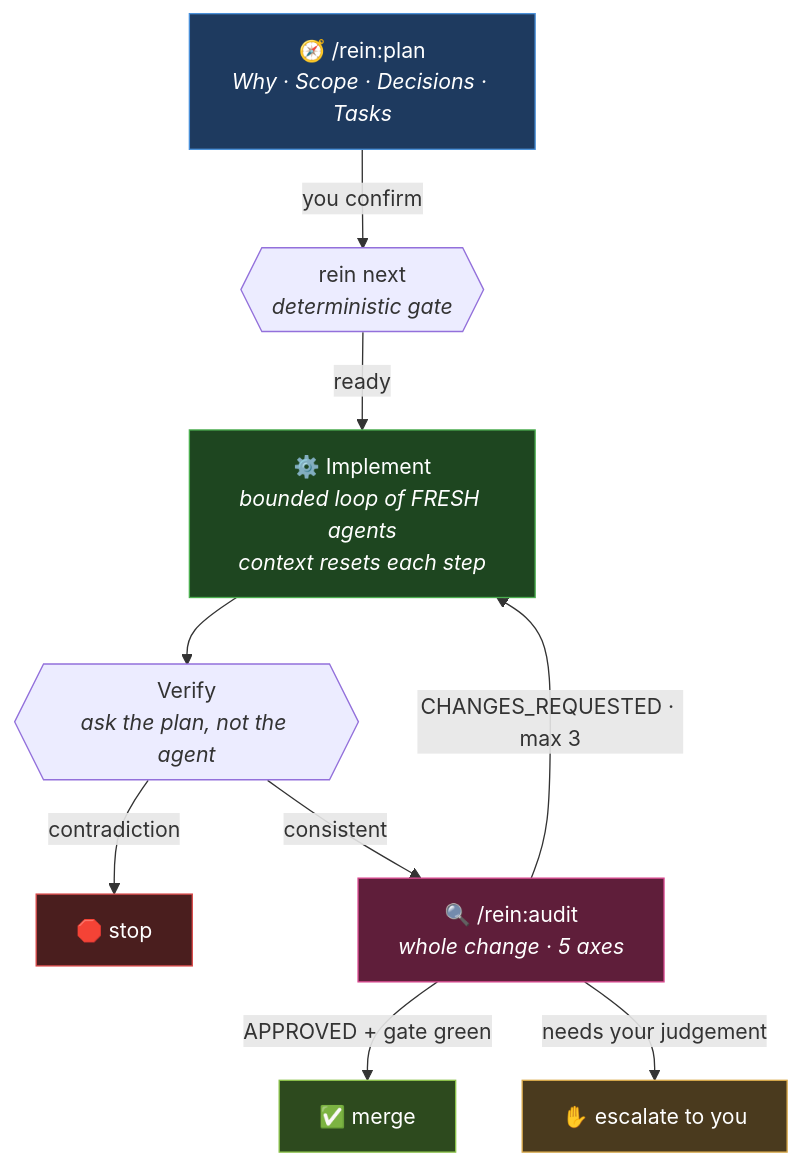
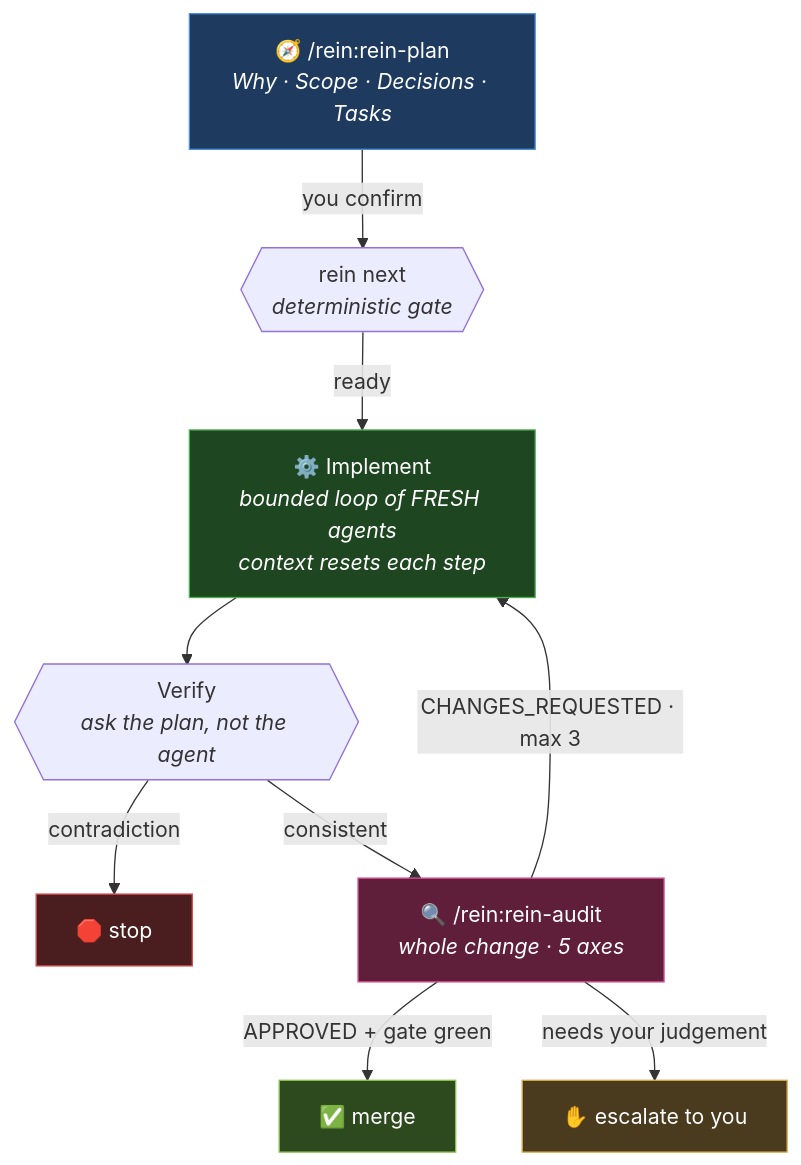
Before and after one commit to luisfarfan/rein-agentic-kit: the first of 2 diagrams in README.md, drawn with Mermaid. The commit also changed other lines of this file and 22 other files, not shown here.

````diff
--- a/README.md
+++ b/README.md
@@ -44,27 +44,27 @@
 ```mermaid
 flowchart TD
-    A["🧭 /rein:plan<br/><i>Why · Scope · Decisions · Tasks</i>"]
+    A["🧭 /rein:rein-plan<br/><i>Why · Scope · Decisions · Tasks</i>"]
     B{{"rein next<br/><i>deterministic gate</i>"}}
     C["⚙️ Implement<br/><i>bounded loop of FRESH agents</i><br/><i>context resets each step</i>"]
     D{{"Verify<br/><i>ask the plan, not the agent</i>"}}
-    E["🔍 /rein:audit<br/><i>whole change · 5 axes</i>"]
+    E["🔍 /rein:rein-audit<br/><i>whole change · 5 axes</i>"]
     F["✅ merge"]
     G["✋ escalate to you"]
     X["🛑 stop"]
 
     A -->|you confirm| B
     B -->|ready| C
     C --> D
     D -->|contradiction| X
     D -->|consistent| E
     E -->|"APPROVED + gate green"| F
     E -->|"needs your judgement"| G
     E -->|"CHANGES_REQUESTED · max 3"| C
 
     style A fill:#1e3a5f,stroke:#4a90d9,color:#fff
     style C fill:#1e4620,stroke:#4caf50,color:#fff
     style E fill:#5f1e3a,stroke:#d94a90,color:#fff
     style F fill:#2d4a1e,stroke:#8bc34a,color:#fff
     style X fill:#4a1e1e,stroke:#d94a4a,color:#fff
     style G fill:#4a3a1e,stroke:#d9a94a,color:#fff
 ```
````
